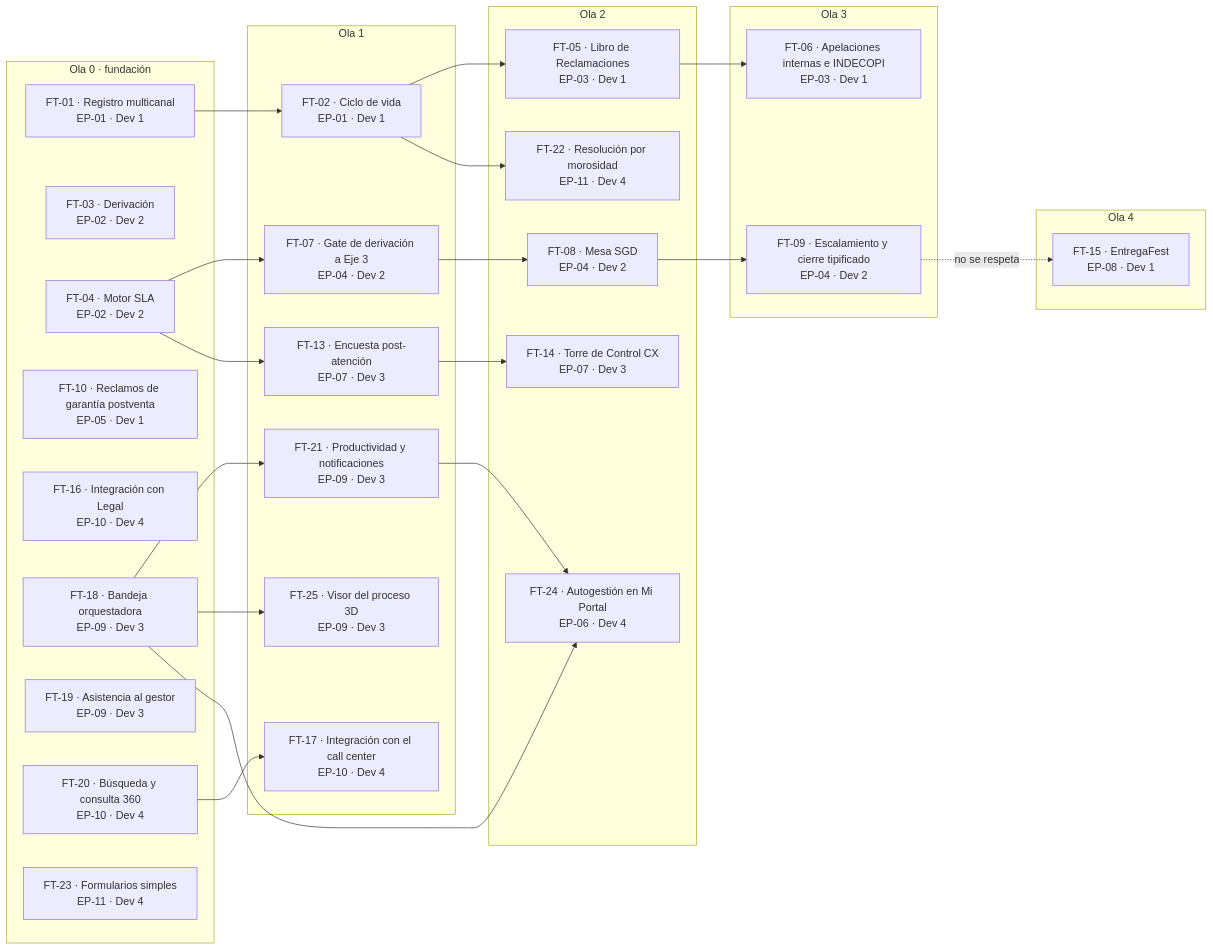
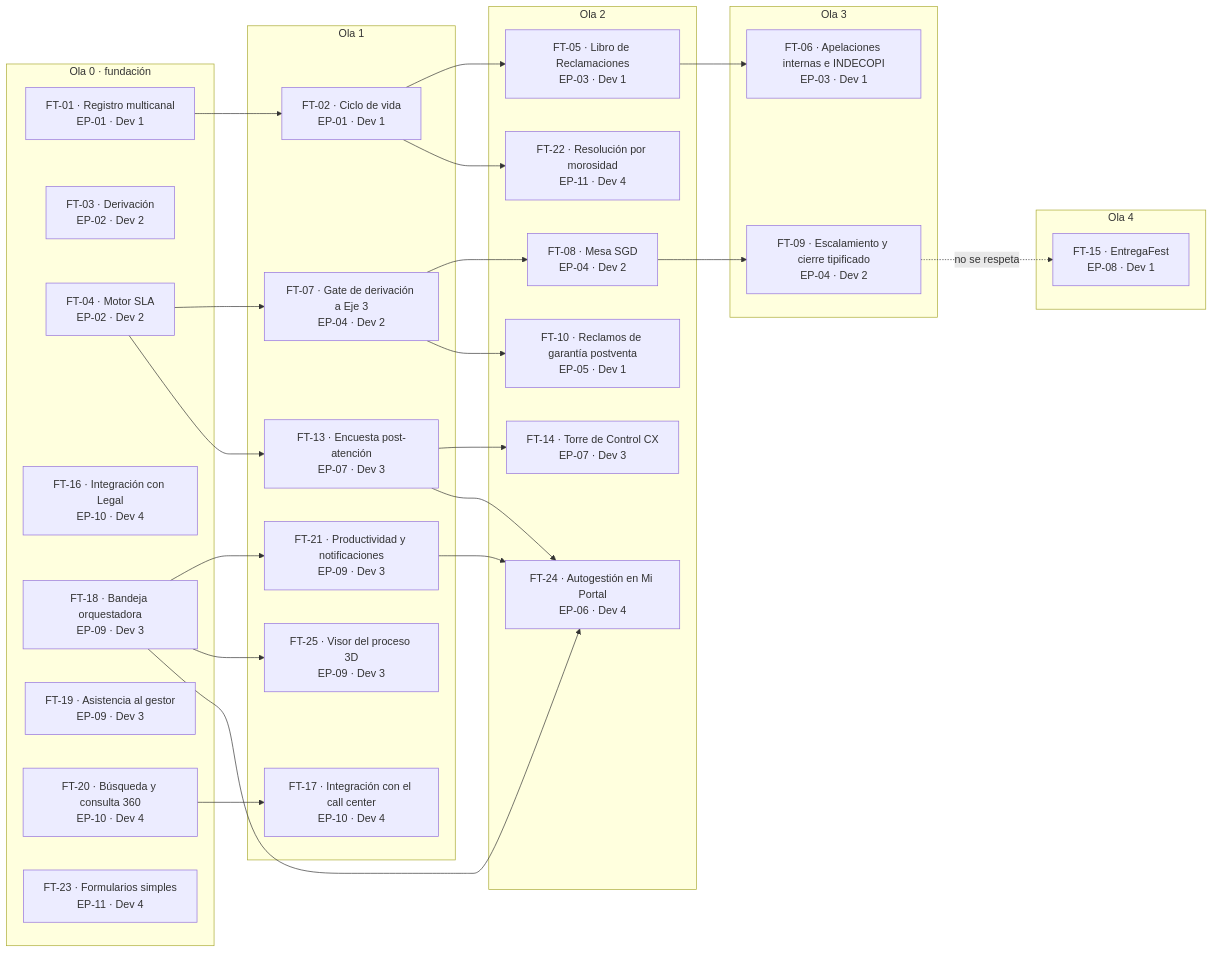
Before and after one commit to michel-poma-huachihuaco/tyc-mockup: the diagram in propuesta-po/documentacion/paquete-definir-etapa1-v1.3/roadmap/analisis-dependencias.md, drawn with Mermaid. The commit also changed other lines of this file and 54 other files, not shown here.

````diff
--- a/propuesta-po/documentacion/paquete-definir-etapa1-v1.3/roadmap/analisis-dependencias.md
+++ b/propuesta-po/documentacion/paquete-definir-etapa1-v1.3/roadmap/analisis-dependencias.md
@@ -147,51 +154,53 @@
 ```mermaid
 flowchart LR
   subgraph O0["Ola 0 · fundación"]
     FTATC01["FT-01 · Registro multicanal<br/>EP-01 · Dev 1"]
     FTATC03["FT-03 · Derivación<br/>EP-02 · Dev 2"]
     FTATC04["FT-04 · Motor SLA<br/>EP-02 · Dev 2"]
-    FTATC10["FT-10 · Reclamos de garantía postventa<br/>EP-05 · Dev 1"]
     FTATC16["FT-16 · Integración con Legal<br/>EP-10 · Dev 4"]
     FTATC18["FT-18 · Bandeja orquestadora<br/>EP-09 · Dev 3"]
     FTATC19["FT-19 · Asistencia al gestor<br/>EP-09 · Dev 3"]
     FTATC20["FT-20 · Búsqueda y consulta 360<br/>EP-10 · Dev 4"]
     FTATC23["FT-23 · Formularios simples<br/>EP-11 · Dev 4"]
   end
   subgraph O1["Ola 1"]
     FTATC02["FT-02 · Ciclo de vida<br/>EP-01 · Dev 1"]
     FTATC07["FT-07 · Gate de derivación a Eje 3<br/>EP-04 · Dev 2"]
     FTATC13["FT-13 · Encuesta post-atención<br/>EP-07 · Dev 3"]
     FTATC17["FT-17 · Integración con el call center<br/>EP-10 · Dev 4"]
     FTATC21["FT-21 · Productividad y notificaciones<br/>EP-09 · Dev 3"]
     FTATC25["FT-25 · Visor del proceso 3D<br/>EP-09 · Dev 3"]
   end
   subgraph O2["Ola 2"]
     FTATC05["FT-05 · Libro de Reclamaciones<br/>EP-03 · Dev 1"]
     FTATC08["FT-08 · Mesa SGD<br/>EP-04 · Dev 2"]
+    FTATC10["FT-10 · Reclamos de garantía postventa<br/>EP-05 · Dev 1"]
     FTATC14["FT-14 · Torre de Control CX<br/>EP-07 · Dev 3"]
     FTATC22["FT-22 · Resolución por morosidad<br/>EP-11 · Dev 4"]
     FTATC24["FT-24 · Autogestión en Mi Portal<br/>EP-06 · Dev 4"]
   end
   subgraph O3["Ola 3"]
     FTATC06["FT-06 · Apelaciones internas e INDECOPI<br/>EP-03 · Dev 1"]
     FTATC09["FT-09 · Escalamiento y cierre tipificado<br/>EP-04 · Dev 2"]
   end
   subgraph O4["Ola 4"]
     FTATC15["FT-15 · EntregaFest<br/>EP-08 · Dev 1"]
   end
   FTATC01 --> FTATC02
   FTATC02 --> FTATC05
   FTATC05 --> FTATC06
   FTATC04 --> FTATC07
   FTATC07 --> FTATC08
+  FTATC07 --> FTATC10
   FTATC08 --> FTATC09
   FTATC04 --> FTATC13
   FTATC13 --> FTATC14
+  FTATC13 --> FTATC24
   FTATC09 -. no se respeta .-> FTATC15
   FTATC20 --> FTATC17
   FTATC18 --> FTATC21
   FTATC02 --> FTATC22
   FTATC18 --> FTATC25
   FTATC21 --> FTATC24
   FTATC18 --> FTATC24
 ```
````
